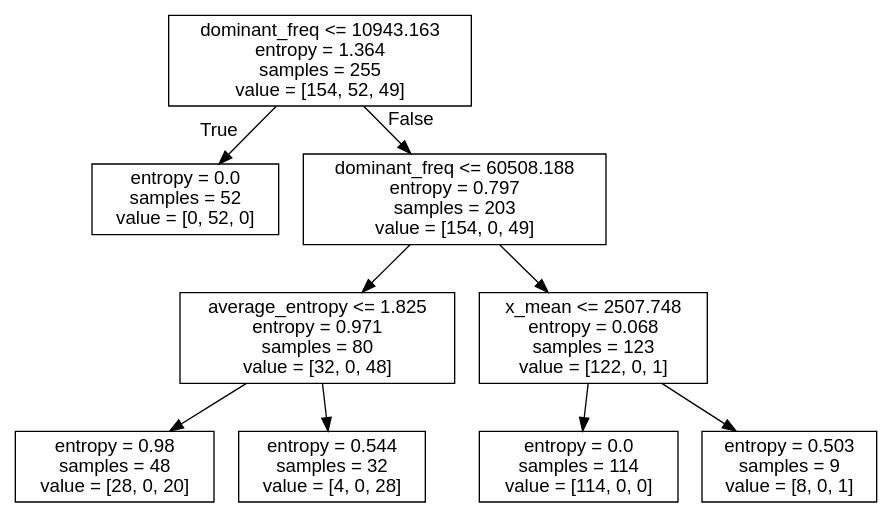
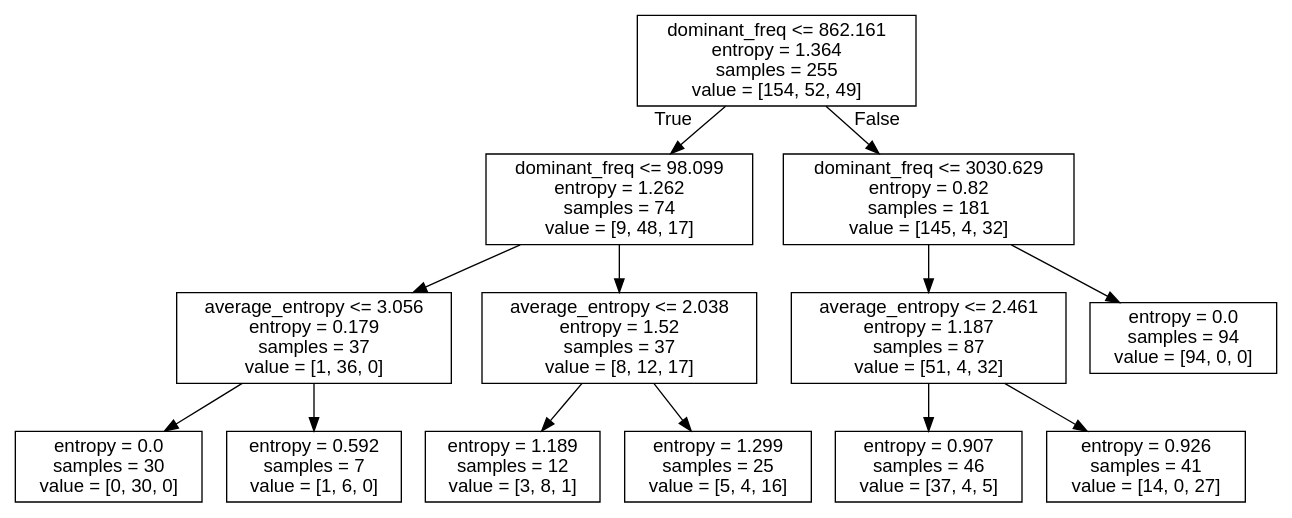
One commit to GregoryGarber/SnoreMate changed the diagram in classifier/tree.dot. Above: the diagram before and after it, drawn with Graphviz. The commit also changed 4 other files, not shown here.

```diff
--- a/classifier/tree.dot
+++ b/classifier/tree.dot
@@ -1,21 +1,29 @@
 digraph Tree {
 node [shape=box, fontname="helvetica"] ;
 edge [fontname="helvetica"] ;
-0 [label="dominant_freq <= 10943.163\nentropy = 1.364\nsamples = 255\nvalue = [154, 52, 49]"] ;
-1 [label="entropy = 0.0\nsamples = 52\nvalue = [0, 52, 0]"] ;
+0 [label="dominant_freq <= 862.161\nentropy = 1.364\nsamples = 255\nvalue = [154, 52, 49]"] ;
+1 [label="dominant_freq <= 98.099\nentropy = 1.262\nsamples = 74\nvalue = [9, 48, 17]"] ;
 0 -> 1 [labeldistance=2.5, labelangle=45, headlabel="True"] ;
-2 [label="dominant_freq <= 60508.188\nentropy = 0.797\nsamples = 203\nvalue = [154, 0, 49]"] ;
-0 -> 2 [labeldistance=2.5, labelangle=-45, headlabel="False"] ;
-3 [label="average_entropy <= 1.825\nentropy = 0.971\nsamples = 80\nvalue = [32, 0, 48]"] ;
+2 [label="average_entropy <= 3.056\nentropy = 0.179\nsamples = 37\nvalue = [1, 36, 0]"] ;
+1 -> 2 ;
+3 [label="entropy = 0.0\nsamples = 30\nvalue = [0, 30, 0]"] ;
 2 -> 3 ;
-4 [label="entropy = 0.98\nsamples = 48\nvalue = [28, 0, 20]"] ;
-3 -> 4 ;
-5 [label="entropy = 0.544\nsamples = 32\nvalue = [4, 0, 28]"] ;
-3 -> 5 ;
-6 [label="x_mean <= 2507.748\nentropy = 0.068\nsamples = 123\nvalue = [122, 0, 1]"] ;
-2 -> 6 ;
-7 [label="entropy = 0.0\nsamples = 114\nvalue = [114, 0, 0]"] ;
-6 -> 7 ;
-8 [label="entropy = 0.503\nsamples = 9\nvalue = [8, 0, 1]"] ;
-6 -> 8 ;
+4 [label="entropy = 0.592\nsamples = 7\nvalue = [1, 6, 0]"] ;
+2 -> 4 ;
+5 [label="average_entropy <= 2.038\nentropy = 1.52\nsamples = 37\nvalue = [8, 12, 17]"] ;
+1 -> 5 ;
+6 [label="entropy = 1.189\nsamples = 12\nvalue = [3, 8, 1]"] ;
+5 -> 6 ;
+7 [label="entropy = 1.299\nsamples = 25\nvalue = [5, 4, 16]"] ;
+5 -> 7 ;
+8 [label="dominant_freq <= 3030.629\nentropy = 0.82\nsamples = 181\nvalue = [145, 4, 32]"] ;
+0 -> 8 [labeldistance=2.5, labelangle=-45, headlabel="False"] ;
+9 [label="average_entropy <= 2.461\nentropy = 1.187\nsamples = 87\nvalue = [51, 4, 32]"] ;
+8 -> 9 ;
+10 [label="entropy = 0.907\nsamples = 46\nvalue = [37, 4, 5]"] ;
+9 -> 10 ;
+11 [label="entropy = 0.926\nsamples = 41\nvalue = [14, 0, 27]"] ;
+9 -> 11 ;
+12 [label="entropy = 0.0\nsamples = 94\nvalue = [94, 0, 0]"] ;
+8 -> 12 ;
 }
```
